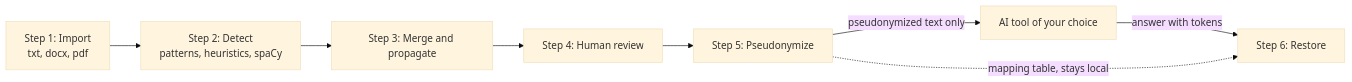
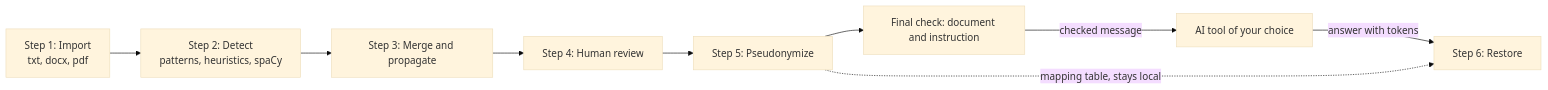
The diagram in README.md (Negan-san/huisclos), drawn with Mermaid (base theme) before and after one commit. The commit also changed other lines of this file and 12 other files, not shown here.

````diff
--- a/README.md
+++ b/README.md
@@ -67,10 +77,11 @@
 ```mermaid
 flowchart LR
     A["Step 1: Import<br/>txt, docx, pdf"] --> B["Step 2: Detect<br/>patterns, heuristics, spaCy"]
     B --> C["Step 3: Merge and propagate"]
     C --> D["Step 4: Human review"]
     D --> E["Step 5: Pseudonymize"]
-    E -->|"pseudonymized text only"| L["AI tool of your choice"]
+    E --> G["Final check: document and instruction"]
+    G -->|"checked message"| L["AI tool of your choice"]
     L -->|"answer with tokens"| F["Step 6: Restore"]
     E -.->|"mapping table, stays local"| F
 ```
````
